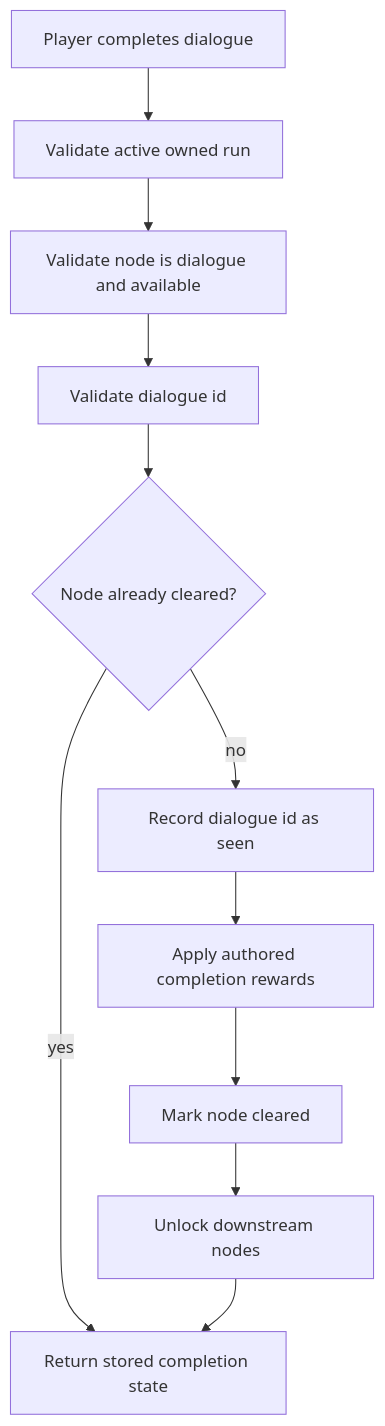
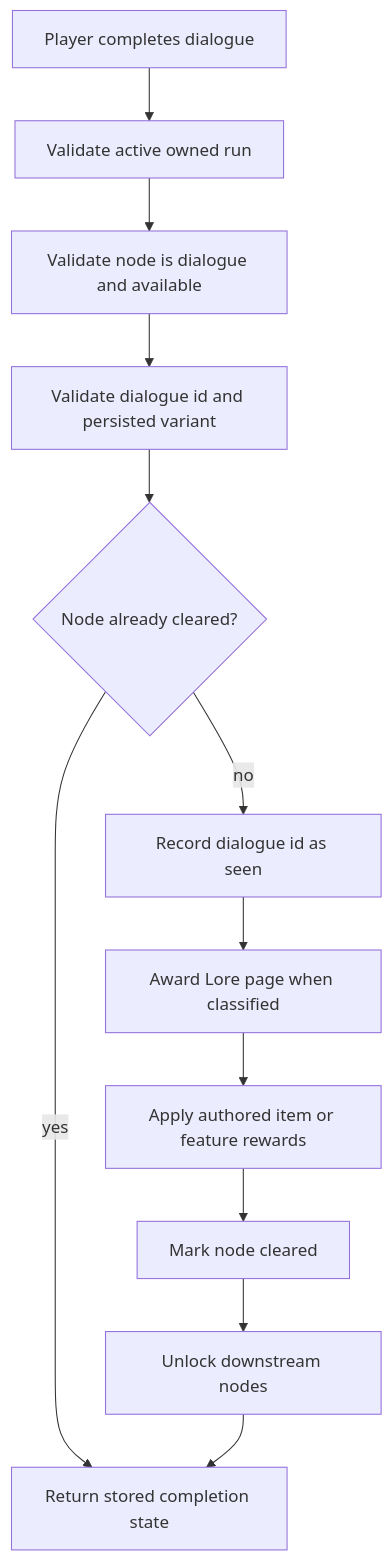
Before and after one commit to NickGrant/DiceGoblin: the fifth of 5 diagrams in documentation/02-systems/04-dialogue-flow-determination.md, drawn with Mermaid. The commit also changed other lines of this file, not shown here.

Commit message:
docs: define dialogue variants and milestone completion flow

````diff
--- a/documentation/02-systems/04-dialogue-flow-determination.md
+++ b/documentation/02-systems/04-dialogue-flow-determination.md
@@ -124,13 +164,14 @@
 ```mermaid
 flowchart TD
   A[Player completes dialogue] --> B[Validate active owned run]
   B --> C[Validate node is dialogue and available]
-  C --> D[Validate dialogue id]
+  C --> D[Validate dialogue id and persisted variant]
   D --> E{Node already cleared?}
   E -- yes --> F[Return stored completion state]
   E -- no --> G[Record dialogue id as seen]
-  G --> H[Apply authored completion rewards]
-  H --> I[Mark node cleared]
-  I --> J[Unlock downstream nodes]
-  J --> F
+  G --> H[Award Lore page when classified]
+  H --> I[Apply authored item or feature rewards]
+  I --> J[Mark node cleared]
+  J --> K[Unlock downstream nodes]
+  K --> F
 ```
````
